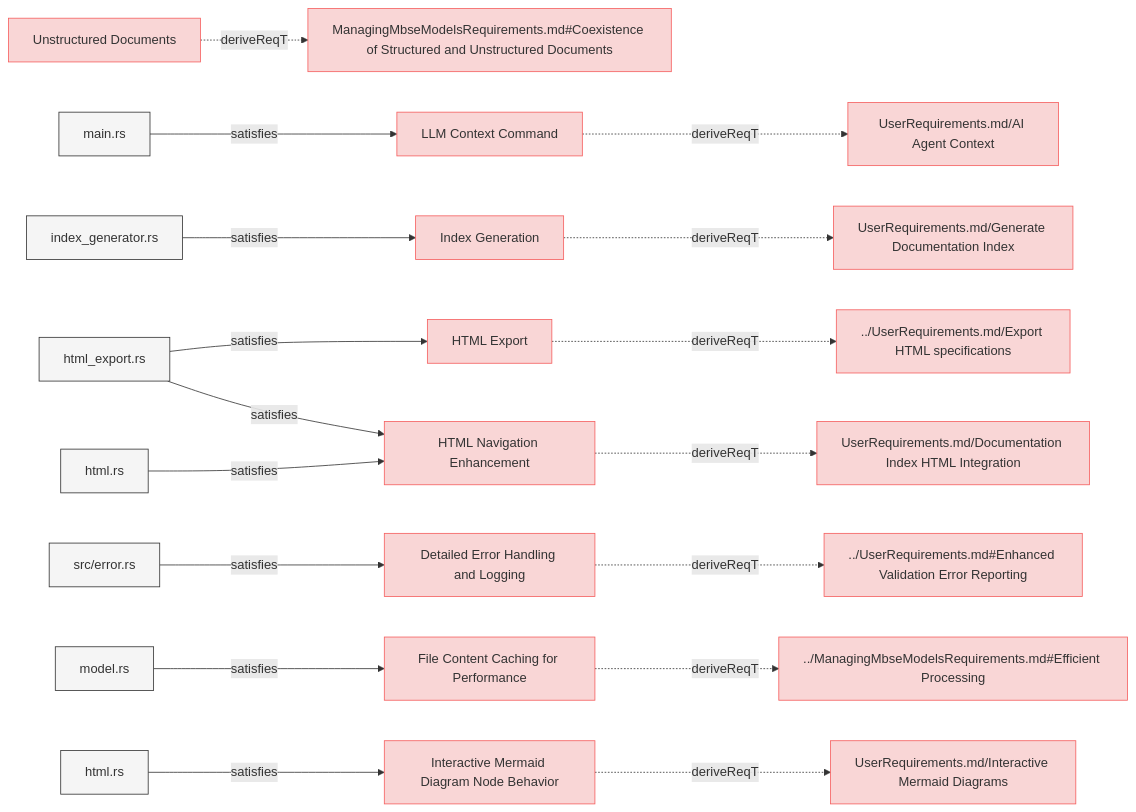
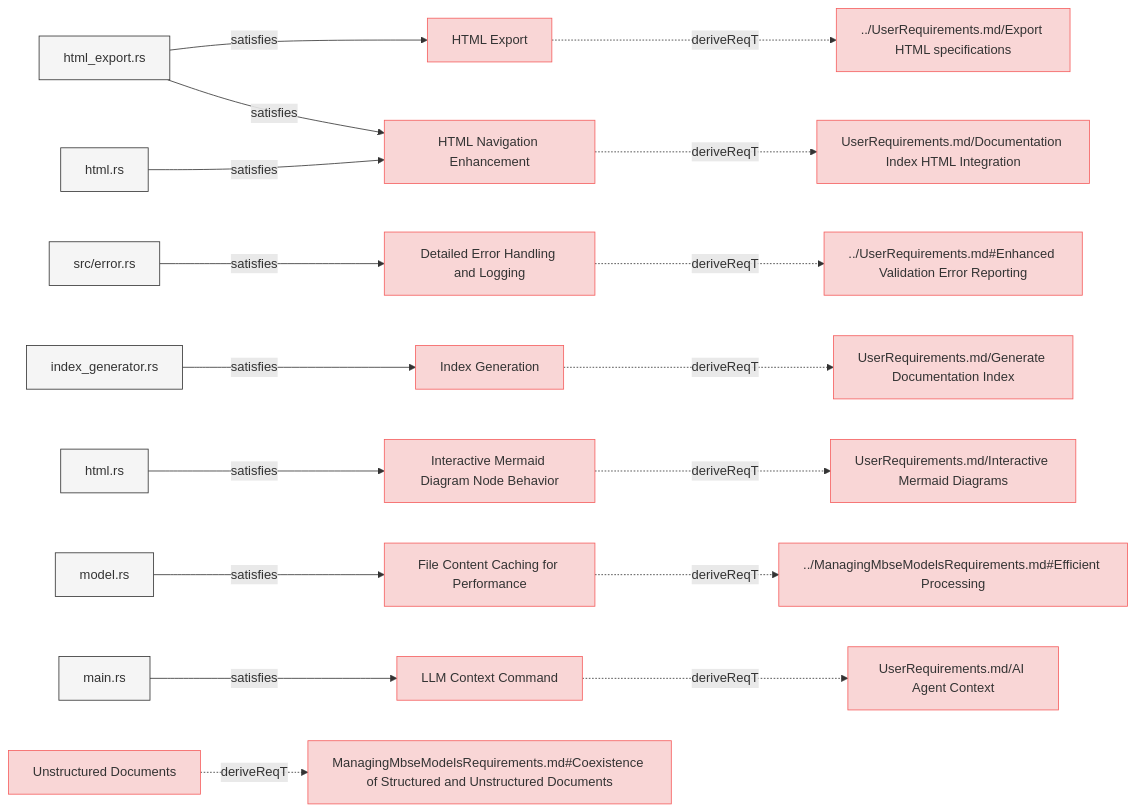
One commit to reqvire-org/reqvire changed the third of 8 diagrams in specifications/SystemRequirements/Requirements.md. Above: the diagram before and after it, drawn with Mermaid. The commit also changed other lines of this file and 22 other files, not shown here.

````diff
--- a/specifications/SystemRequirements/Requirements.md
+++ b/specifications/SystemRequirements/Requirements.md
@@ -236,89 +236,89 @@
   classDef externalLink fill:#d0e0ff,stroke:#3080ff,stroke-width:1px;
   classDef default fill:#f5f5f5,stroke:#333333,stroke-width:1px;
 
+  a2b1d4ec64cbd441["HTML Export"];
+  click a2b1d4ec64cbd441 "https://github.com/Reqvire/reqvire/blob/ad88ba6b828e94c93382866fefd058c011c1ac60/specifications/SystemRequirements/Requirements.md#html-export";
+  class a2b1d4ec64cbd441 requirement;
+  d9686a154fe87b2["../UserRequirements.md/Export HTML specifications"];
+  class d9686a154fe87b2 requirement;
+  click d9686a154fe87b2 "https://github.com/Reqvire/reqvire/blob/ad88ba6b828e94c93382866fefd058c011c1ac60/specifications/UserRequirements.md#export-html-specifications";
+  a2b1d4ec64cbd441 -.->|deriveReqT| d9686a154fe87b2;
+  5dbf1a3141d3defb["html_export.rs"];
+  class 5dbf1a3141d3defb default;
+  click 5dbf1a3141d3defb "https://github.com/Reqvire/reqvire/blob/ad88ba6b828e94c93382866fefd058c011c1ac60/core/src/html_export.rs";
+  5dbf1a3141d3defb -->|satisfies| a2b1d4ec64cbd441;
+  d72f6096b9a5dd8e["Detailed Error Handling and Logging"];
+  click d72f6096b9a5dd8e "https://github.com/Reqvire/reqvire/blob/ad88ba6b828e94c93382866fefd058c011c1ac60/specifications/SystemRequirements/Requirements.md#detailed-error-handling-and-logging";
+  class d72f6096b9a5dd8e requirement;
+  3d2fe0b05ff9c8e3["../UserRequirements.md#Enhanced Validation Error Reporting"];
+  class 3d2fe0b05ff9c8e3 requirement;
+  click 3d2fe0b05ff9c8e3 "https://github.com/Reqvire/reqvire/blob/ad88ba6b828e94c93382866fefd058c011c1ac60/specifications/UserRequirements.md#enhanced-validation-error-reporting";
+  d72f6096b9a5dd8e -.->|deriveReqT| 3d2fe0b05ff9c8e3;
+  af1374ae222fbd72["src/error.rs"];
+  class af1374ae222fbd72 default;
+  click af1374ae222fbd72 "https://github.com/Reqvire/reqvire/blob/ad88ba6b828e94c93382866fefd058c011c1ac60/core/src/error.rs";
+  af1374ae222fbd72 -->|satisfies| d72f6096b9a5dd8e;
+  1550bb73b8029cb["HTML Navigation Enhancement"];
+  click 1550bb73b8029cb "https://github.com/Reqvire/reqvire/blob/ad88ba6b828e94c93382866fefd058c011c1ac60/specifications/SystemRequirements/Requirements.md#html-navigation-enhancement";
+  class 1550bb73b8029cb requirement;
+  b5146db7aedfd66["UserRequirements.md/Documentation Index HTML Integration"];
+  class b5146db7aedfd66 requirement;
+  click b5146db7aedfd66 "https://github.com/Reqvire/reqvire/blob/ad88ba6b828e94c93382866fefd058c011c1ac60/specifications/UserRequirements.md#documentation-index-html-integration";
+  1550bb73b8029cb -.->|deriveReqT| b5146db7aedfd66;
+  59e3b5b3087497da["html.rs"];
+  class 59e3b5b3087497da default;
+  click 59e3b5b3087497da "https://github.com/Reqvire/reqvire/blob/ad88ba6b828e94c93382866fefd058c011c1ac60/core/src/html.rs";
+  59e3b5b3087497da -->|satisfies| 1550bb73b8029cb;
+  5dbf1a3141d3defb -->|satisfies| 1550bb73b8029cb;
+  3b4bfa0725509a0e["Index Generation"];
+  click 3b4bfa0725509a0e "https://github.com/Reqvire/reqvire/blob/ad88ba6b828e94c93382866fefd058c011c1ac60/specifications/SystemRequirements/Requirements.md#index-generation";
+  class 3b4bfa0725509a0e requirement;
+  9019be8bfdc22b35["UserRequirements.md/Generate Documentation Index"];
+  class 9019be8bfdc22b35 requirement;
+  click 9019be8bfdc22b35 "https://github.com/Reqvire/reqvire/blob/ad88ba6b828e94c93382866fefd058c011c1ac60/specifications/UserRequirements.md#generate-documentation-index";
+  3b4bfa0725509a0e -.->|deriveReqT| 9019be8bfdc22b35;
+  3461f4a59371fd45["index_generator.rs"];
+  class 3461f4a59371fd45 default;
+  click 3461f4a59371fd45 "https://github.com/Reqvire/reqvire/blob/ad88ba6b828e94c93382866fefd058c011c1ac60/core/src/index_generator.rs";
+  3461f4a59371fd45 -->|satisfies| 3b4bfa0725509a0e;
+  a17b8052345712d7["Interactive Mermaid Diagram Node Behavior"];
+  click a17b8052345712d7 "https://github.com/Reqvire/reqvire/blob/ad88ba6b828e94c93382866fefd058c011c1ac60/specifications/SystemRequirements/Requirements.md#interactive-mermaid-diagram-node-behavior";
+  class a17b8052345712d7 requirement;
+  b8997351b6f34048["UserRequirements.md/Interactive Mermaid Diagrams"];
+  class b8997351b6f34048 requirement;
+  click b8997351b6f34048 "https://github.com/Reqvire/reqvire/blob/ad88ba6b828e94c93382866fefd058c011c1ac60/specifications/UserRequirements.md#interactive-mermaid-diagrams";
+  a17b8052345712d7 -.->|deriveReqT| b8997351b6f34048;
+  95f7dce6aff47396["html.rs"];
+  class 95f7dce6aff47396 default;
+  click 95f7dce6aff47396 "https://github.com/Reqvire/reqvire/blob/ad88ba6b828e94c93382866fefd058c011c1ac60/core/src/diagrams.rs";
+  95f7dce6aff47396 -->|satisfies| a17b8052345712d7;
+  ea45d7ea45c8ee7e["File Content Caching for Performance"];
+  click ea45d7ea45c8ee7e "https://github.com/Reqvire/reqvire/blob/ad88ba6b828e94c93382866fefd058c011c1ac60/specifications/SystemRequirements/Requirements.md#file-content-caching-for-performance";
+  class ea45d7ea45c8ee7e requirement;
+  386d7b145d008870["../ManagingMbseModelsRequirements.md#Efficient Processing"];
+  class 386d7b145d008870 requirement;
+  click 386d7b145d008870 "https://github.com/Reqvire/reqvire/blob/ad88ba6b828e94c93382866fefd058c011c1ac60/specifications/ManagingMbseModelsRequirements.md#efficient-processing";
+  ea45d7ea45c8ee7e -.->|deriveReqT| 386d7b145d008870;
+  36fd2b1e82621caf["model.rs"];
+  class 36fd2b1e82621caf default;
+  click 36fd2b1e82621caf "https://github.com/Reqvire/reqvire/blob/ad88ba6b828e94c93382866fefd058c011c1ac60/core/src/model.rs";
+  36fd2b1e82621caf -->|satisfies| ea45d7ea45c8ee7e;
+  d177913fffd1ed11["LLM Context Command"];
+  click d177913fffd1ed11 "https://github.com/Reqvire/reqvire/blob/ad88ba6b828e94c93382866fefd058c011c1ac60/specifications/SystemRequirements/Requirements.md#llm-context-command";
+  class d177913fffd1ed11 requirement;
+  7fd9156eac77c270["UserRequirements.md/AI Agent Context"];
+  class 7fd9156eac77c270 requirement;
+  click 7fd9156eac77c270 "https://github.com/Reqvire/reqvire/blob/ad88ba6b828e94c93382866fefd058c011c1ac60/specifications/UserRequirements.md#ai-agent-context";
+  d177913fffd1ed11 -.->|deriveReqT| 7fd9156eac77c270;
+  615a0f4ad2620118["main.rs"];
+  class 615a0f4ad2620118 default;
+  click 615a0f4ad2620118 "https://github.com/Reqvire/reqvire/blob/ad88ba6b828e94c93382866fefd058c011c1ac60/cli/src/main.rs";
+  615a0f4ad2620118 -->|satisfies| d177913fffd1ed11;
   3f1abb8fd2d7c9c2["Unstructured Documents"];
-  click 3f1abb8fd2d7c9c2 "https://github.com/Reqvire/reqvire/blob/667635d4628fed400323f7df3689af2dbc2ad666/specifications/SystemRequirements/Requirements.md#unstructured-documents";
+  click 3f1abb8fd2d7c9c2 "https://github.com/Reqvire/reqvire/blob/ad88ba6b828e94c93382866fefd058c011c1ac60/specifications/SystemRequirements/Requirements.md#unstructured-documents";
   class 3f1abb8fd2d7c9c2 requirement;
   da5831ca85881025["ManagingMbseModelsRequirements.md#Coexistence of Structured and Unstructured Documents"];
   class da5831ca85881025 requirement;
-  click da5831ca85881025 "https://github.com/Reqvire/reqvire/blob/667635d4628fed400323f7df3689af2dbc2ad666/specifications/ManagingMbseModelsRequirements.md#coexistence-of-structured-and-unstructured-documents";
+  click da5831ca85881025 "https://github.com/Reqvire/reqvire/blob/ad88ba6b828e94c93382866fefd058c011c1ac60/specifications/ManagingMbseModelsRequirements.md#coexistence-of-structured-and-unstructured-documents";
   3f1abb8fd2d7c9c2 -.->|deriveReqT| da5831ca85881025;
-  d177913fffd1ed11["LLM Context Command"];
-  click d177913fffd1ed11 "https://github.com/Reqvire/reqvire/blob/667635d4628fed400323f7df3689af2dbc2ad666/specifications/SystemRequirements/Requirements.md#llm-context-command";
-  class d177913fffd1ed11 requirement;
-  7fd9156eac77c270["UserRequirements.md/AI Agent Context"];
-  class 7fd9156eac77c270 requirement;
-  click 7fd9156eac77c270 "https://github.com/Reqvire/reqvire/blob/667635d4628fed400323f7df3689af2dbc2ad666/specifications/UserRequirements.md#ai-agent-context";
-  d177913fffd1ed11 -.->|deriveReqT| 7fd9156eac77c270;
-  615a0f4ad2620118["main.rs"];
-  class 615a0f4ad2620118 default;
-  click 615a0f4ad2620118 "https://github.com/Reqvire/reqvire/blob/667635d4628fed400323f7df3689af2dbc2ad666/cli/src/main.rs";
-  615a0f4ad2620118 -->|satisfies| d177913fffd1ed11;
-  3b4bfa0725509a0e["Index Generation"];
-  click 3b4bfa0725509a0e "https://github.com/Reqvire/reqvire/blob/667635d4628fed400323f7df3689af2dbc2ad666/specifications/SystemRequirements/Requirements.md#index-generation";
-  class 3b4bfa0725509a0e requirement;
-  9019be8bfdc22b35["UserRequirements.md/Generate Documentation Index"];
-  class 9019be8bfdc22b35 requirement;
-  click 9019be8bfdc22b35 "https://github.com/Reqvire/reqvire/blob/667635d4628fed400323f7df3689af2dbc2ad666/specifications/UserRequirements.md#generate-documentation-index";
-  3b4bfa0725509a0e -.->|deriveReqT| 9019be8bfdc22b35;
-  3461f4a59371fd45["index_generator.rs"];
-  class 3461f4a59371fd45 default;
-  click 3461f4a59371fd45 "https://github.com/Reqvire/reqvire/blob/667635d4628fed400323f7df3689af2dbc2ad666/core/src/index_generator.rs";
-  3461f4a59371fd45 -->|satisfies| 3b4bfa0725509a0e;
-  a2b1d4ec64cbd441["HTML Export"];
-  click a2b1d4ec64cbd441 "https://github.com/Reqvire/reqvire/blob/667635d4628fed400323f7df3689af2dbc2ad666/specifications/SystemRequirements/Requirements.md#html-export";
-  class a2b1d4ec64cbd441 requirement;
-  d9686a154fe87b2["../UserRequirements.md/Export HTML specifications"];
-  class d9686a154fe87b2 requirement;
-  click d9686a154fe87b2 "https://github.com/Reqvire/reqvire/blob/667635d4628fed400323f7df3689af2dbc2ad666/specifications/UserRequirements.md#export-html-specifications";
-  a2b1d4ec64cbd441 -.->|deriveReqT| d9686a154fe87b2;
-  5dbf1a3141d3defb["html_export.rs"];
-  class 5dbf1a3141d3defb default;
-  click 5dbf1a3141d3defb "https://github.com/Reqvire/reqvire/blob/667635d4628fed400323f7df3689af2dbc2ad666/core/src/html_export.rs";
-  5dbf1a3141d3defb -->|satisfies| a2b1d4ec64cbd441;
-  d72f6096b9a5dd8e["Detailed Error Handling and Logging"];
-  click d72f6096b9a5dd8e "https://github.com/Reqvire/reqvire/blob/667635d4628fed400323f7df3689af2dbc2ad666/specifications/SystemRequirements/Requirements.md#detailed-error-handling-and-logging";
-  class d72f6096b9a5dd8e requirement;
-  3d2fe0b05ff9c8e3["../UserRequirements.md#Enhanced Validation Error Reporting"];
-  class 3d2fe0b05ff9c8e3 requirement;
-  click 3d2fe0b05ff9c8e3 "https://github.com/Reqvire/reqvire/blob/667635d4628fed400323f7df3689af2dbc2ad666/specifications/UserRequirements.md#enhanced-validation-error-reporting";
-  d72f6096b9a5dd8e -.->|deriveReqT| 3d2fe0b05ff9c8e3;
-  af1374ae222fbd72["src/error.rs"];
-  class af1374ae222fbd72 default;
-  click af1374ae222fbd72 "https://github.com/Reqvire/reqvire/blob/667635d4628fed400323f7df3689af2dbc2ad666/core/src/error.rs";
-  af1374ae222fbd72 -->|satisfies| d72f6096b9a5dd8e;
-  ea45d7ea45c8ee7e["File Content Caching for Performance"];
-  click ea45d7ea45c8ee7e "https://github.com/Reqvire/reqvire/blob/667635d4628fed400323f7df3689af2dbc2ad666/specifications/SystemRequirements/Requirements.md#file-content-caching-for-performance";
-  class ea45d7ea45c8ee7e requirement;
-  386d7b145d008870["../ManagingMbseModelsRequirements.md#Efficient Processing"];
-  class 386d7b145d008870 requirement;
-  click 386d7b145d008870 "https://github.com/Reqvire/reqvire/blob/667635d4628fed400323f7df3689af2dbc2ad666/specifications/ManagingMbseModelsRequirements.md#efficient-processing";
-  ea45d7ea45c8ee7e -.->|deriveReqT| 386d7b145d008870;
-  36fd2b1e82621caf["model.rs"];
-  class 36fd2b1e82621caf default;
-  click 36fd2b1e82621caf "https://github.com/Reqvire/reqvire/blob/667635d4628fed400323f7df3689af2dbc2ad666/core/src/model.rs";
-  36fd2b1e82621caf -->|satisfies| ea45d7ea45c8ee7e;
-  1550bb73b8029cb["HTML Navigation Enhancement"];
-  click 1550bb73b8029cb "https://github.com/Reqvire/reqvire/blob/667635d4628fed400323f7df3689af2dbc2ad666/specifications/SystemRequirements/Requirements.md#html-navigation-enhancement";
-  class 1550bb73b8029cb requirement;
-  b5146db7aedfd66["UserRequirements.md/Documentation Index HTML Integration"];
-  class b5146db7aedfd66 requirement;
-  click b5146db7aedfd66 "https://github.com/Reqvire/reqvire/blob/667635d4628fed400323f7df3689af2dbc2ad666/specifications/UserRequirements.md#documentation-index-html-integration";
-  1550bb73b8029cb -.->|deriveReqT| b5146db7aedfd66;
-  59e3b5b3087497da["html.rs"];
-  class 59e3b5b3087497da default;
-  click 59e3b5b3087497da "https://github.com/Reqvire/reqvire/blob/667635d4628fed400323f7df3689af2dbc2ad666/core/src/html.rs";
-  59e3b5b3087497da -->|satisfies| 1550bb73b8029cb;
-  5dbf1a3141d3defb -->|satisfies| 1550bb73b8029cb;
-  a17b8052345712d7["Interactive Mermaid Diagram Node Behavior"];
-  click a17b8052345712d7 "https://github.com/Reqvire/reqvire/blob/667635d4628fed400323f7df3689af2dbc2ad666/specifications/SystemRequirements/Requirements.md#interactive-mermaid-diagram-node-behavior";
-  class a17b8052345712d7 requirement;
-  b8997351b6f34048["UserRequirements.md/Interactive Mermaid Diagrams"];
-  class b8997351b6f34048 requirement;
-  click b8997351b6f34048 "https://github.com/Reqvire/reqvire/blob/667635d4628fed400323f7df3689af2dbc2ad666/specifications/UserRequirements.md#interactive-mermaid-diagrams";
-  a17b8052345712d7 -.->|deriveReqT| b8997351b6f34048;
-  95f7dce6aff47396["html.rs"];
-  class 95f7dce6aff47396 default;
-  click 95f7dce6aff47396 "https://github.com/Reqvire/reqvire/blob/667635d4628fed400323f7df3689af2dbc2ad666/core/src/diagrams.rs";
-  95f7dce6aff47396 -->|satisfies| a17b8052345712d7;
 ```
````
